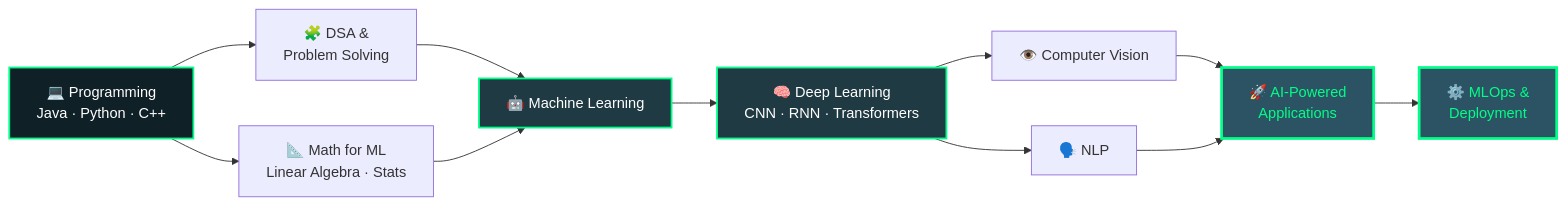
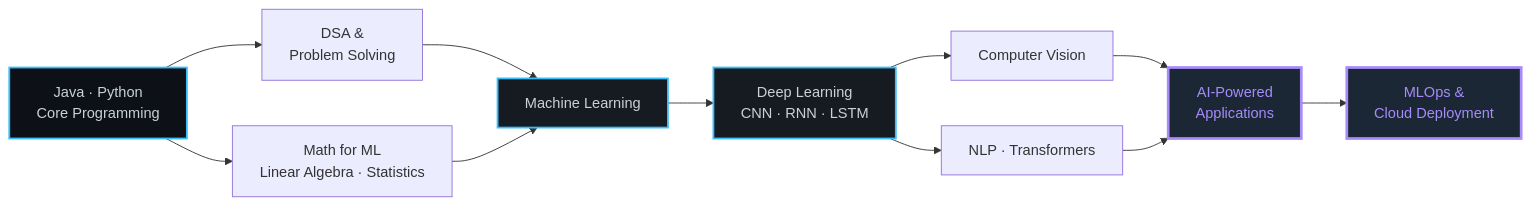
The diagram in README.md (mayanksinghgitu/mayanksinghgitu), drawn with Mermaid before and after one commit. The commit also changed other lines of this file, not shown here.

````diff
--- a/README.md
+++ b/README.md
@@ -280,19 +420,19 @@
 ```mermaid
 graph LR
-    A[💻 Programming<br/>Java · Python · C++] --> B[🧩 DSA &<br/>Problem Solving]
-    A --> C[📐 Math for ML<br/>Linear Algebra · Stats]
-    B --> D[🤖 Machine Learning]
+    A[Java · Python<br/>Core Programming] --> B[DSA &<br/>Problem Solving]
+    A --> C[Math for ML<br/>Linear Algebra · Statistics]
+    B --> D[Machine Learning]
     C --> D
-    D --> E[🧠 Deep Learning<br/>CNN · RNN · Transformers]
-    E --> F[👁️ Computer Vision]
-    E --> G[🗣️ NLP]
-    F --> H[🚀 AI-Powered<br/>Applications]
+    D --> E[Deep Learning<br/>CNN · RNN · LSTM]
+    E --> F[Computer Vision]
+    E --> G[NLP · Transformers]
+    F --> H[AI-Powered<br/>Applications]
     G --> H
-    H --> I[⚙️ MLOps &<br/>Deployment]
+    H --> I[MLOps &<br/>Cloud Deployment]
 
-    style A fill:#0F2027,stroke:#00FF88,stroke-width:2px,color:#fff
-    style D fill:#203A43,stroke:#00FF88,stroke-width:2px,color:#fff
-    style E fill:#203A43,stroke:#00FF88,stroke-width:2px,color:#fff
-    style H fill:#2C5364,stroke:#00FF88,stroke-width:3px,color:#00FF88
-    style I fill:#2C5364,stroke:#00FF88,stroke-width:3px,color:#00FF88
+    style A fill:#0D1117,stroke:#38BDF8,stroke-width:2px,color:#C9D1D9
+    style D fill:#161B22,stroke:#38BDF8,stroke-width:2px,color:#C9D1D9
+    style E fill:#161B22,stroke:#38BDF8,stroke-width:2px,color:#C9D1D9
+    style H fill:#1B2735,stroke:#A78BFA,stroke-width:3px,color:#A78BFA
+    style I fill:#1B2735,stroke:#A78BFA,stroke-width:3px,color:#A78BFA
 ```
````
